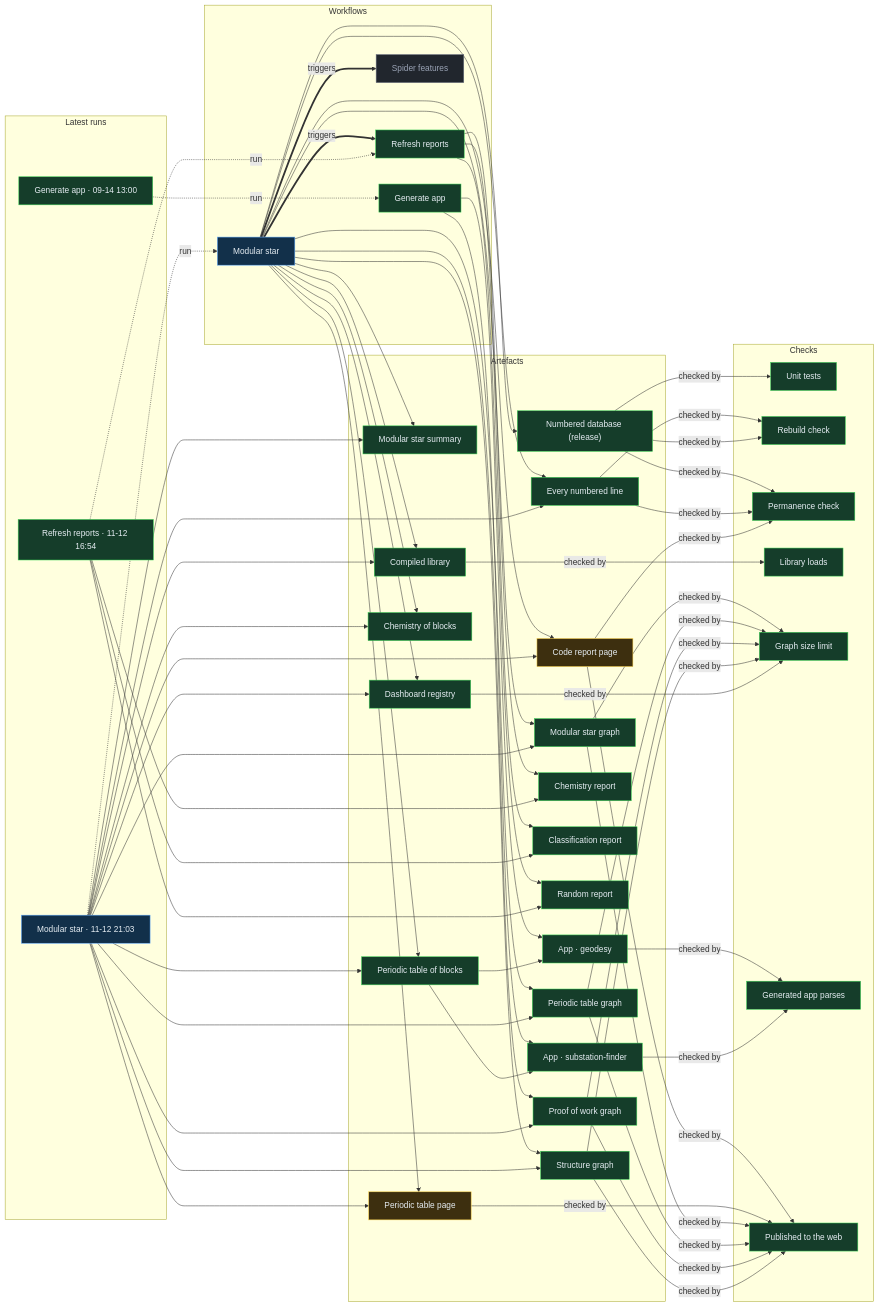
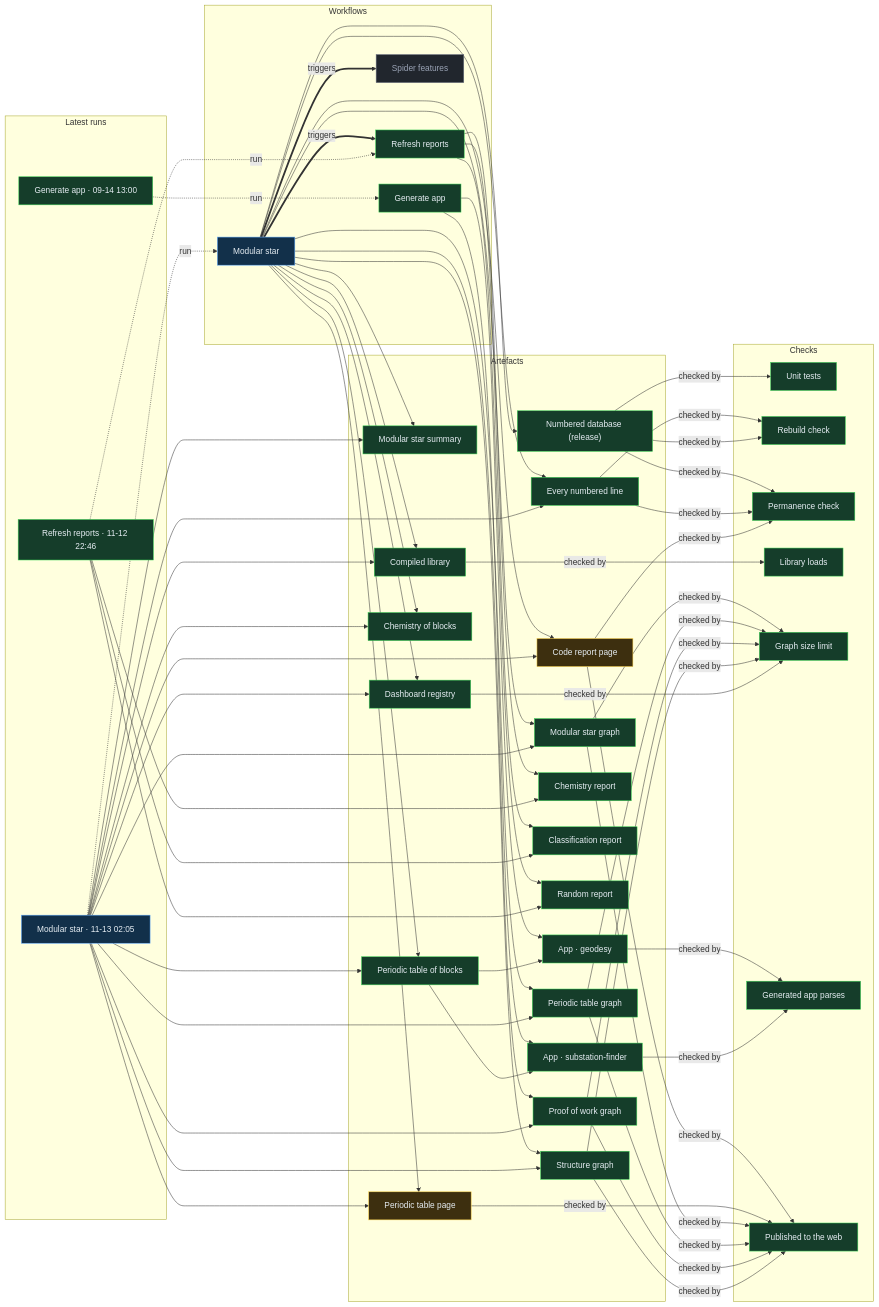
Before and after one commit to Ventusltd/stars: the diagram in proof/PROOF.md, drawn with Mermaid. The commit also changed other lines of this file and 34 other files, not shown here.

Commit message:
Modular star 2026-11-13T02:08Z

```diff
--- a/proof/PROOF.md
+++ b/proof/PROOF.md
@@ -24,8 +24,8 @@
   n_wf_spider_features["Spider features"]:::off
   end
   subgraph g_runs["Latest runs"]
-  n_run_43306452452["Modular star · 11-12 21:03"]:::live
-  n_run_43263800951["Refresh reports · 11-12 16:54"]:::ok
+  n_run_43349657281["Modular star · 11-13 02:05"]:::live
+  n_run_43323022490["Refresh reports · 11-12 22:46"]:::ok
   n_run_34846587798["Generate app · 09-14 13:00"]:::ok
   end
   subgraph g_artefacts["Artefacts"]
@@ -59,39 +59,39 @@
   end
   n_wf_modular_star == triggers ==> n_wf_refresh
   n_wf_modular_star == triggers ==> n_wf_spider_features
-  n_run_43306452452 -. run .-> n_wf_modular_star
-  n_run_43263800951 -. run .-> n_wf_refresh
+  n_run_43349657281 -. run .-> n_wf_modular_star
+  n_run_43323022490 -. run .-> n_wf_refresh
   n_run_34846587798 -. run .-> n_wf_generate
   n_wf_modular_star --> n_art_summary
-  n_run_43306452452 --> n_art_summary
+  n_run_43349657281 --> n_art_summary
   n_wf_modular_star --> n_art_lines
-  n_run_43306452452 --> n_art_lines
+  n_run_43349657281 --> n_art_lines
   n_wf_modular_star --> n_art_code
-  n_run_43306452452 --> n_art_code
+  n_run_43349657281 --> n_art_code
   n_wf_modular_star --> n_art_modular_graph
-  n_run_43306452452 --> n_art_modular_graph
+  n_run_43349657281 --> n_art_modular_graph
   n_wf_modular_star --> n_art_blocks
-  n_run_43306452452 --> n_art_blocks
+  n_run_43349657281 --> n_art_blocks
   n_wf_modular_star --> n_art_table
-  n_run_43306452452 --> n_art_table
+  n_run_43349657281 --> n_art_table
   n_wf_modular_star --> n_art_blocks_graph
-  n_run_43306452452 --> n_art_blocks_graph
+  n_run_43349657281 --> n_art_blocks_graph
   n_wf_modular_star --> n_art_reactions
-  n_run_43306452452 --> n_art_reactions
+  n_run_43349657281 --> n_art_reactions
   n_wf_modular_star --> n_art_library
-  n_run_43306452452 --> n_art_library
+  n_run_43349657281 --> n_art_library
   n_wf_modular_star --> n_art_features
-  n_run_43306452452 --> n_art_features
+  n_run_43349657281 --> n_art_features
   n_wf_modular_star --> n_art_proof
-  n_run_43306452452 --> n_art_proof
+  n_run_43349657281 --> n_art_proof
   n_wf_modular_star --> n_art_structure
-  n_run_43306452452 --> n_art_structure
+  n_run_43349657281 --> n_art_structure
   n_wf_refresh --> n_art_chemistry
-  n_run_43263800951 --> n_art_chemistry
+  n_run_43323022490 --> n_art_chemistry
   n_wf_refresh --> n_art_vedic
-  n_run_43263800951 --> n_art_vedic
+  n_run_43323022490 --> n_art_vedic
   n_wf_refresh --> n_art_random
-  n_run_43263800951 --> n_art_random
+  n_run_43323022490 --> n_art_random
   n_wf_modular_star --> n_art_release
   n_wf_generate --> n_app_geodesy
   n_art_blocks --> n_app_geodesy
```
